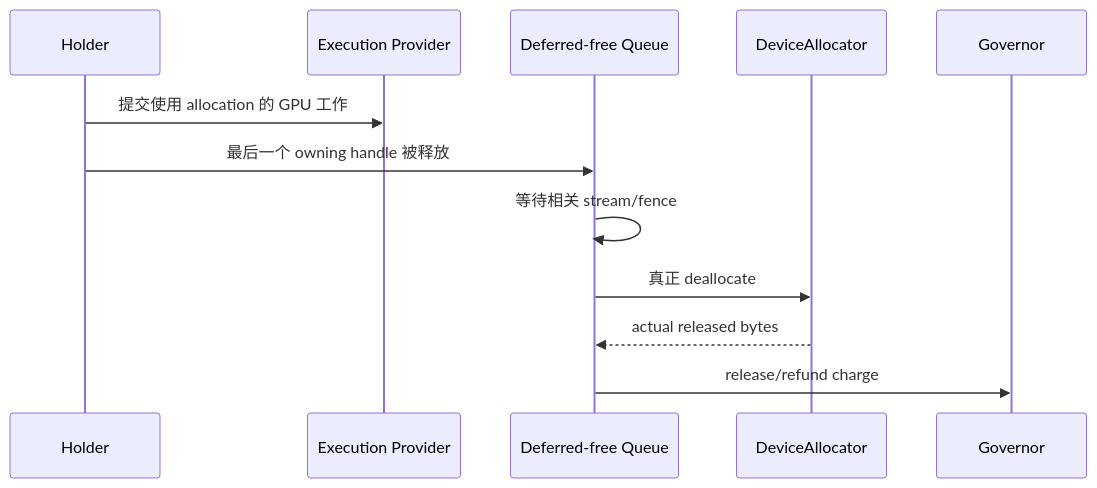
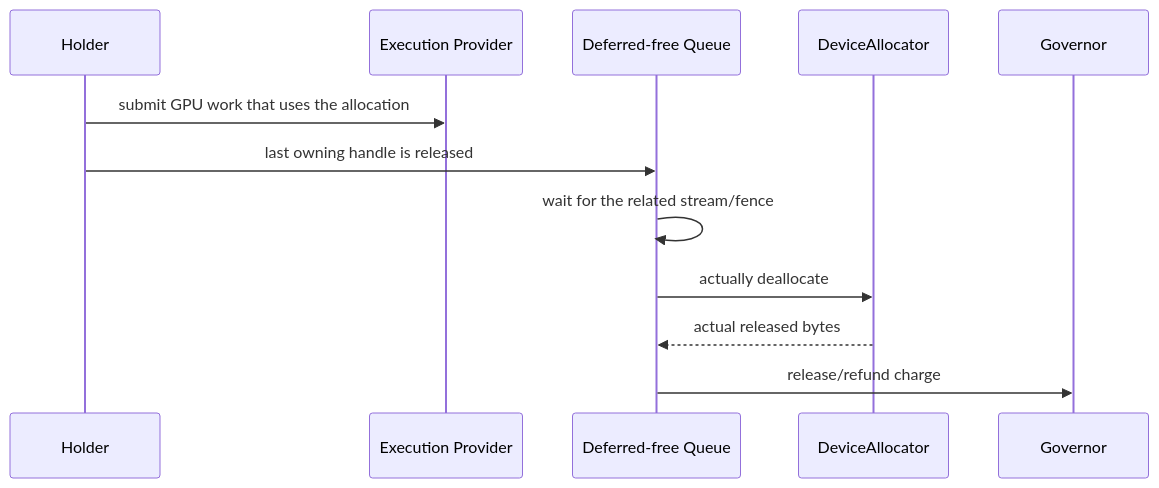
Before and after one commit to justinchuby/onnx-genai-wiki: the third of 3 diagrams in content/en/memory/Memory Management for Beginners.md, drawn with Mermaid. The commit also changed other lines of this file and 6 other files, not shown here.

````diff
--- a/content/en/memory/Memory Management for Beginners.md
+++ b/content/en/memory/Memory Management for Beginners.md
@@ -363,15 +363,15 @@
 ```mermaid
 sequenceDiagram
     participant H as Holder
     participant E as Execution Provider
     participant Q as Deferred-free Queue
     participant A as DeviceAllocator
     participant G as Governor
 
-    H->>E: 提交使用 allocation 的 GPU 工作
-    H->>Q: 最后一个 owning handle 被释放
-    Q->>Q: 等待相关 stream/fence
-    Q->>A: 真正 deallocate
+    H->>E: submit GPU work that uses the allocation
+    H->>Q: last owning handle is released
+    Q->>Q: wait for the related stream/fence
+    Q->>A: actually deallocate
     A-->>Q: actual released bytes
     Q->>G: release/refund charge
 ```
````
